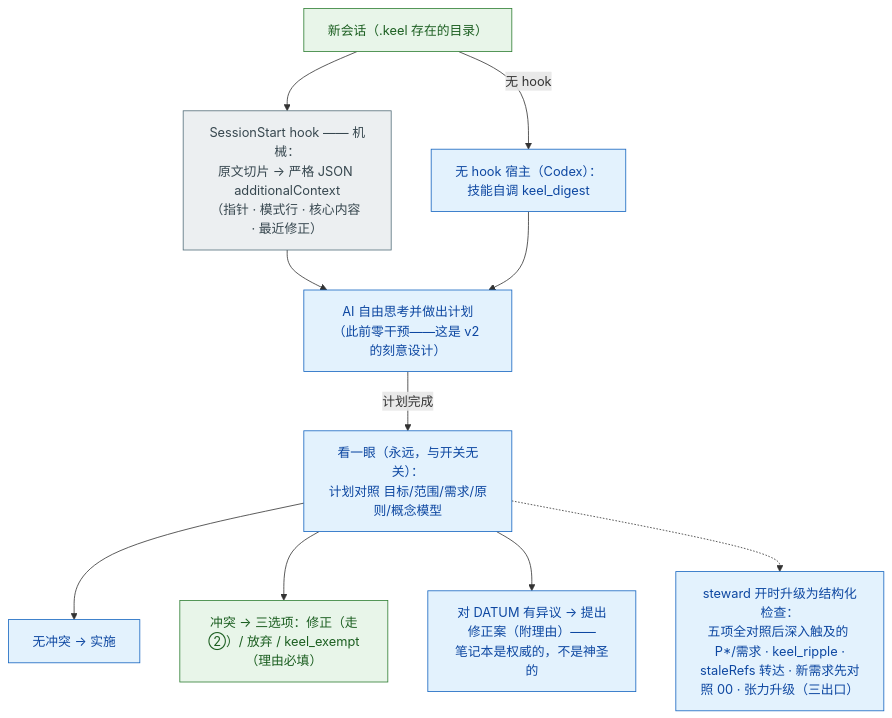
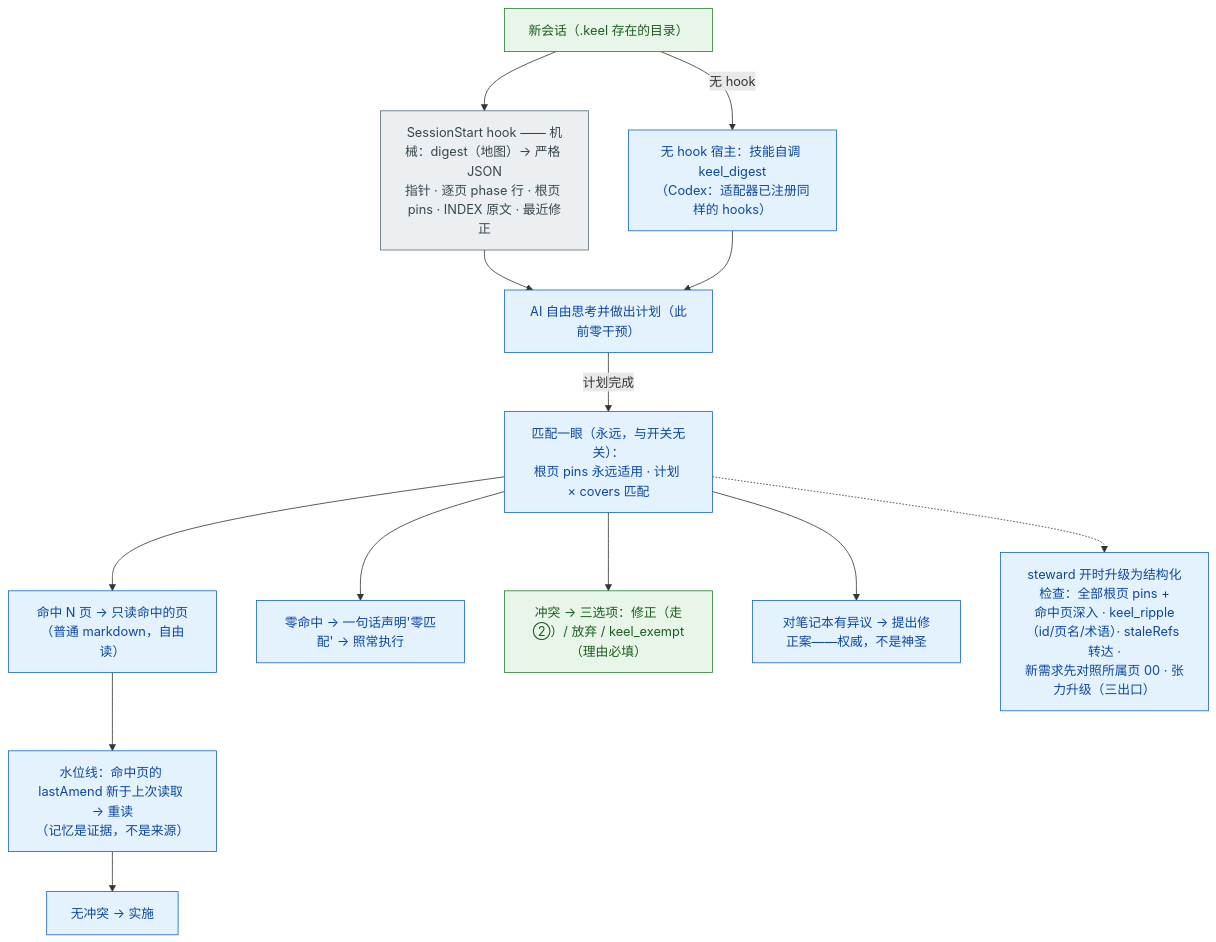
The fifth of 9 diagrams in docs/MENTAL-MODEL.md (maxi3777/Keel), drawn with Mermaid before and after one commit. The commit also changed other lines of this file and 15 other files, not shown here.

````diff
--- a/docs/MENTAL-MODEL.md
+++ b/docs/MENTAL-MODEL.md
@@ -153,25 +150,30 @@
 ```mermaid
 flowchart TD
     SESS["新会话（.keel 存在的目录）"]:::human
-    HOOK["SessionStart hook —— 机械：<br/>原文切片 → 严格 JSON additionalContext<br/>（指针 · 模式行 · 核心内容 · 最近修正）"]:::mech
-    FALL["无 hook 宿主（Codex）：<br/>技能自调 keel_digest"]:::ai
-    PLAN["AI 自由思考并做出计划<br/>（此前零干预——这是 v2 的刻意设计）"]:::ai
-    GLANCE["看一眼（永远，与开关无关）：<br/>计划对照 目标/范围/需求/原则/概念模型"]:::ai
+    HOOK["SessionStart hook —— 机械：digest（地图）→ 严格 JSON<br/>指针 · 逐页 phase 行 · 根页 pins · INDEX 原文 · 最近修正"]:::mech
+    FALL["无 hook 宿主：技能自调 keel_digest<br/>（Codex：适配器已注册同样的 hooks）"]:::ai
+    PLAN["AI 自由思考并做出计划（此前零干预）"]:::ai
+    GLANCE["匹配一眼（永远，与开关无关）：<br/>根页 pins 永远适用 · 计划 × covers 匹配"]:::ai
+    MATCH["命中 N 页 → 只读命中的页（普通 markdown，自由读）"]:::ai
+    ZERO["零命中 → 一句话声明'零匹配' → 照常执行"]:::ai
+    WMARK["水位线：命中页的 lastAmend 新于上次读取 → 重读<br/>（记忆是证据，不是来源）"]:::ai
     OK["无冲突 → 实施"]:::ai
     OPT["冲突 → 三选项：修正（走②）/ 放弃 / keel_exempt（理由必填）"]:::human
-    DIS["对 DATUM 有异议 → 提出修正案（附理由）——<br/>笔记本是权威的，不是神圣的"]:::ai
-    STRUCT["steward 开时升级为结构化检查：<br/>五项全对照后深入触及的 P*/需求 · keel_ripple ·<br/>staleRefs 转达 · 新需求先对照 00 · 张力升级（三出口）"]:::ai
+    DIS["对笔记本有异议 → 提出修正案——权威，不是神圣"]:::ai
+    STRUCT["steward 开时升级为结构化检查：全部根页 pins +<br/>命中页深入 · keel_ripple（id/页名/术语）· staleRefs 转达 ·<br/>新需求先对照所属页 00 · 张力升级（三出口）"]:::ai
 
     SESS --> HOOK
     SESS -->|"无 hook"| FALL
     HOOK --> PLAN
     FALL --> PLAN
     PLAN -->|"计划完成"| GLANCE
-    GLANCE --> OK
+    GLANCE --> MATCH
+    GLANCE --> ZERO
+    MATCH --> WMARK --> OK
     GLANCE --> OPT
     GLANCE --> DIS
     GLANCE -.-> STRUCT
     classDef human fill:#e8f5e9,stroke:#2e7d32,color:#1b5e20
     classDef ai fill:#e3f2fd,stroke:#1565c0,color:#0d47a1
     classDef mech fill:#eceff1,stroke:#546e7a,color:#37474f
 ```
````
